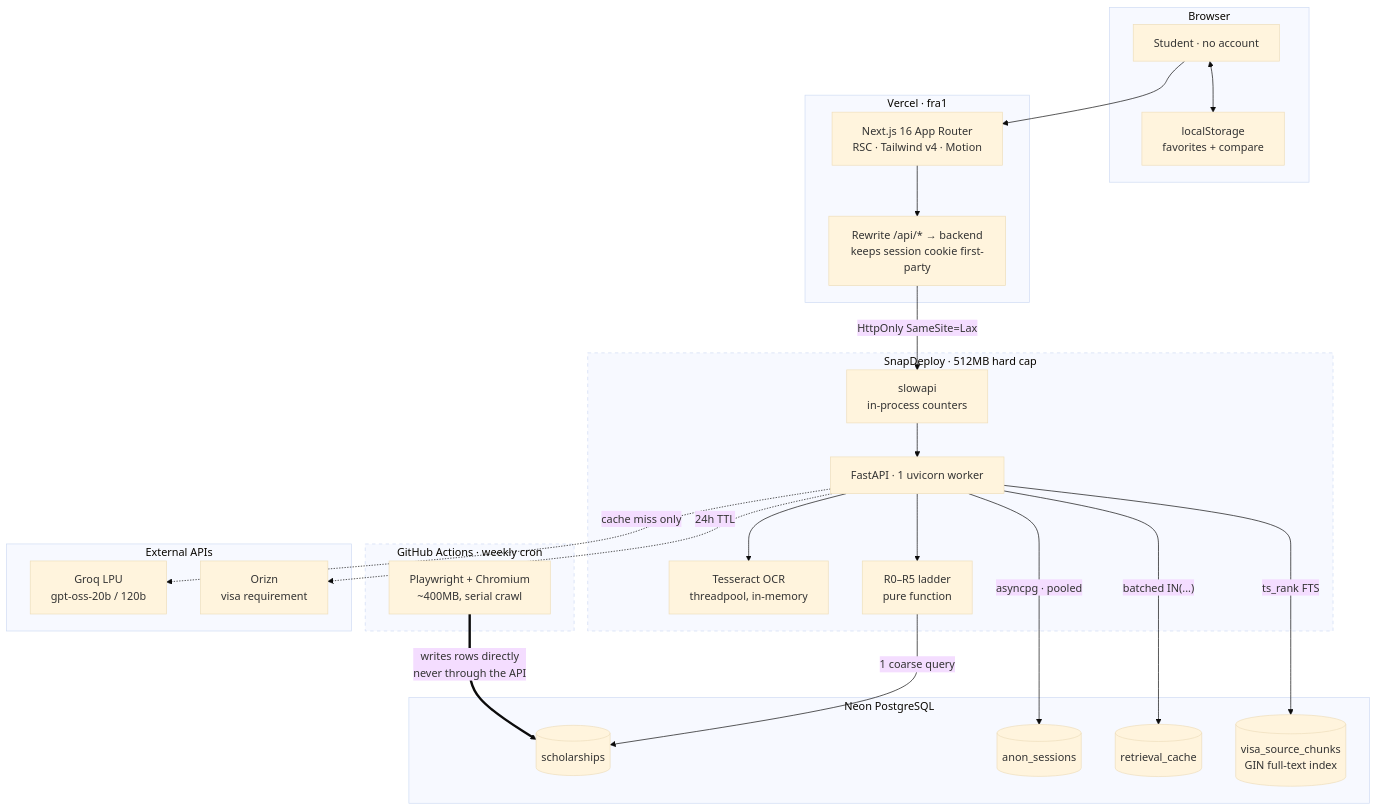
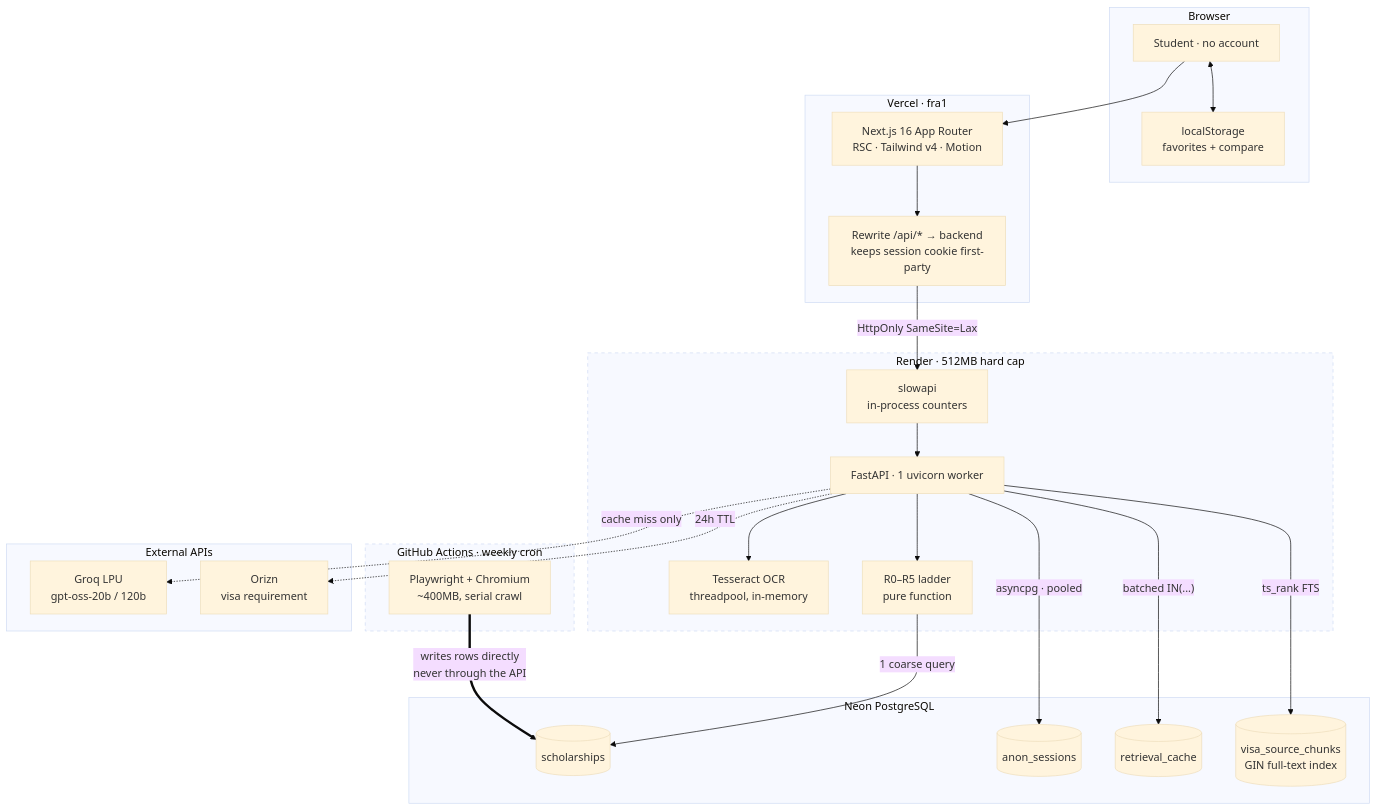
The first of 4 diagrams in README.md (azfarsuhail/ScholarCompass), drawn with Mermaid (base theme) before and after one commit. The commit also changed other lines of this file and 4 other files, not shown here.

````diff
--- a/README.md
+++ b/README.md
@@ -152,56 +159,56 @@
 ```mermaid
 graph TD
     subgraph client["Browser"]
         U["Student · no account"]
         LS["localStorage<br/>favorites + compare"]
     end
 
     subgraph vercel["Vercel · fra1"]
         NX["Next.js 16 App Router<br/>RSC · Tailwind v4 · Motion"]
         RW["Rewrite /api/* → backend<br/>keeps session cookie first-party"]
     end
 
-    subgraph snap["SnapDeploy · 512MB hard cap"]
+    subgraph snap["Render · 512MB hard cap"]
         API["FastAPI · 1 uvicorn worker"]
         RL["slowapi<br/>in-process counters"]
         OCR["Tesseract OCR<br/>threadpool, in-memory"]
         LAD["R0–R5 ladder<br/>pure function"]
     end
 
     subgraph gha["GitHub Actions · weekly cron"]
         PW["Playwright + Chromium<br/>~400MB, serial crawl"]
     end
 
     subgraph neon["Neon PostgreSQL"]
         SCH[("scholarships")]
         SESS[("anon_sessions")]
         CACHE[("retrieval_cache")]
         VISA[("visa_source_chunks<br/>GIN full-text index")]
     end
 
     subgraph ext["External APIs"]
         GROQ["Groq LPU<br/>gpt-oss-20b / 120b"]
         ORIZN["Orizn<br/>visa requirement"]
     end
 
     U --> NX
     U <--> LS
     NX --> RW
     RW -->|"HttpOnly SameSite=Lax"| RL
     RL --> API
     API --> OCR
     API --> LAD
 
     API -->|"asyncpg · pooled"| SESS
     LAD -->|"1 coarse query"| SCH
     API -->|"batched IN(...)"| CACHE
     API -->|"ts_rank FTS"| VISA
 
     API -.->|"cache miss only"| GROQ
     API -.->|"24h TTL"| ORIZN
 
     PW ==>|"writes rows directly<br/>never through the API"| SCH
 
     classDef ceiling stroke-dasharray: 5 5
     class snap,gha ceiling
 ```
````
